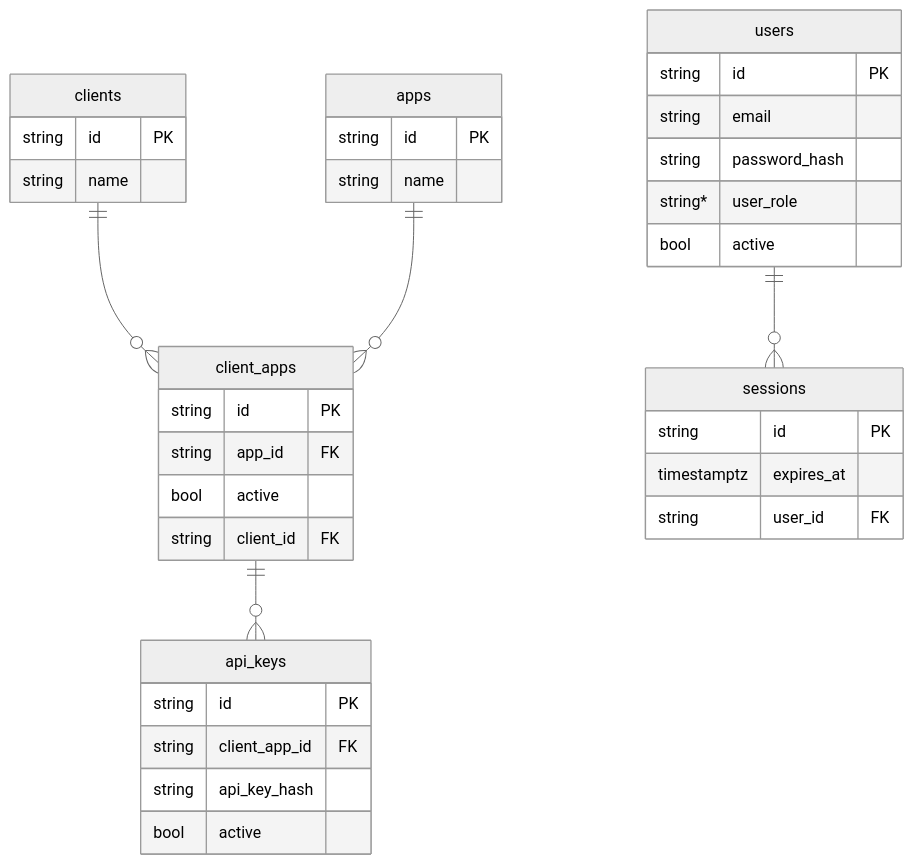
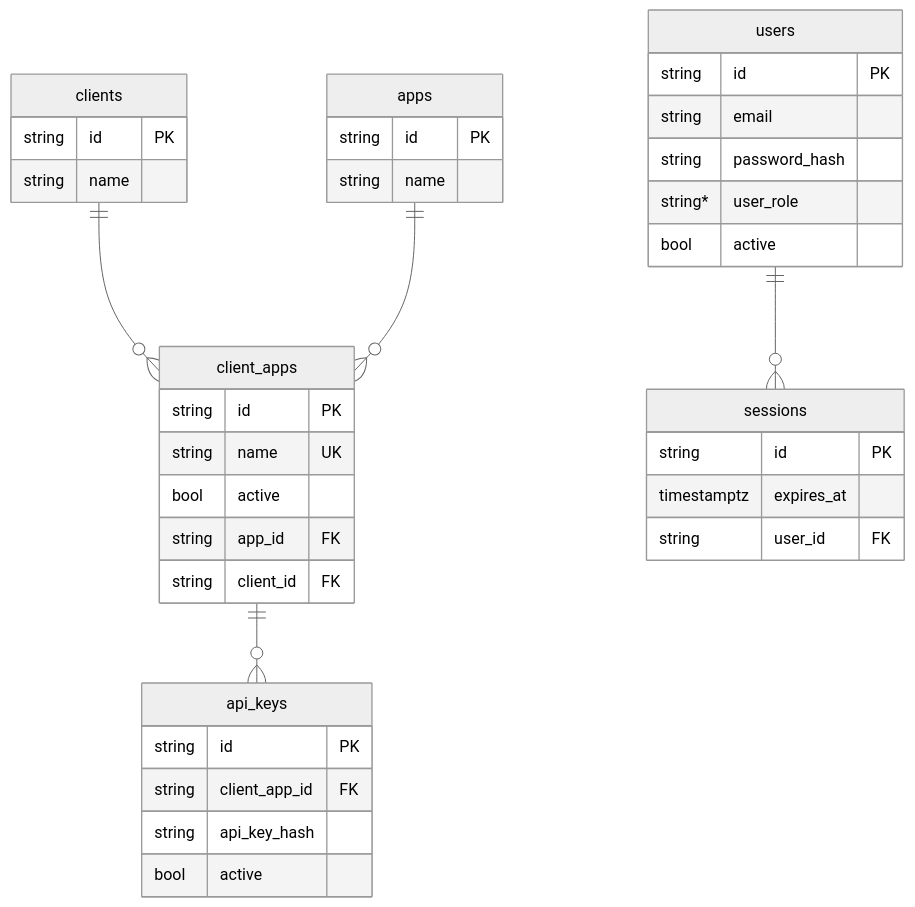
The diagram in .info/diagrams/er.mmd (maneldevs/authjar), drawn with Mermaid (neutral theme) before and after one commit. The commit also changed 13 other files, not shown here.

```diff
--- a/.info/diagrams/er.mmd
+++ b/.info/diagrams/er.mmd
@@ -1,43 +1,44 @@
 erDiagram
     users {
         string id PK
         string email
         string password_hash
         string* user_role
         bool active 
     }
 
     clients {
         string id PK
         string name
     }
 
     apps {
         string id PK
         string name
     }
 
     client_apps {
         string id PK
+        string name UK
+        bool active
         string app_id FK
-        bool active
         string client_id FK
     }
 
     sessions {
         string id PK
         timestamptz expires_at
         string user_id FK
     }
 
     api_keys {
         string id PK
         string client_app_id FK
         string api_key_hash
         bool active
     }
 
     users ||--o{ sessions : ""
     clients ||--o{ client_apps : ""
     apps ||--o{ client_apps : ""
     client_apps ||--o{ api_keys : ""
```
